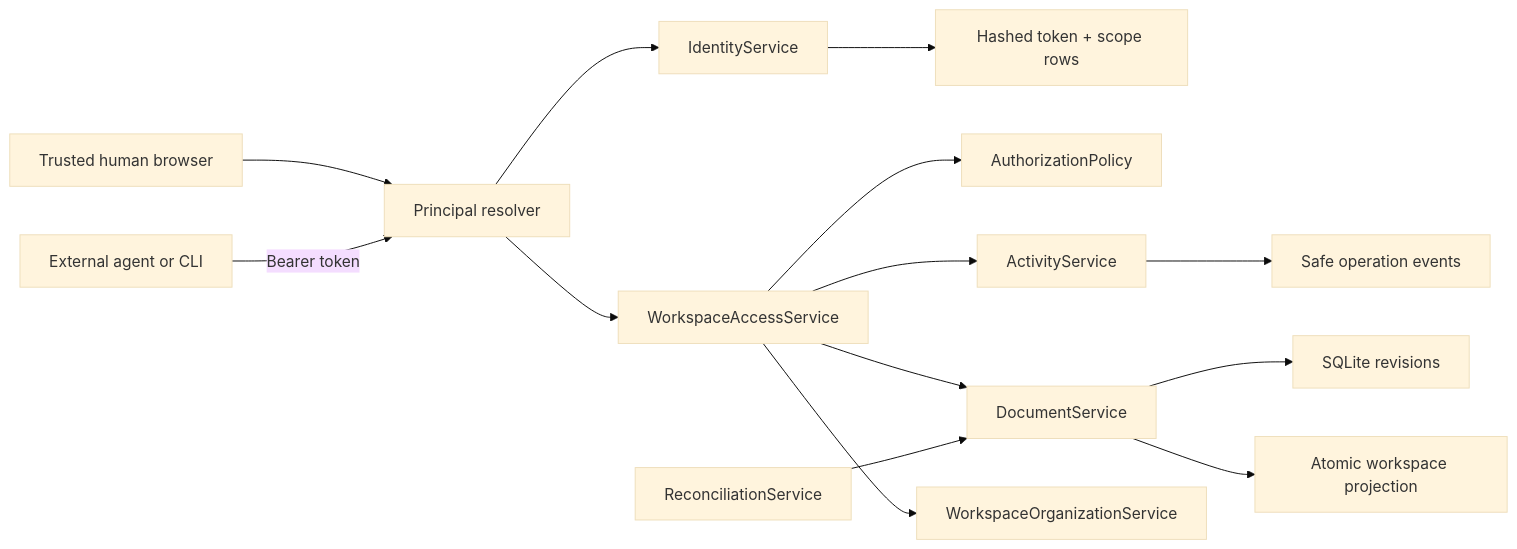
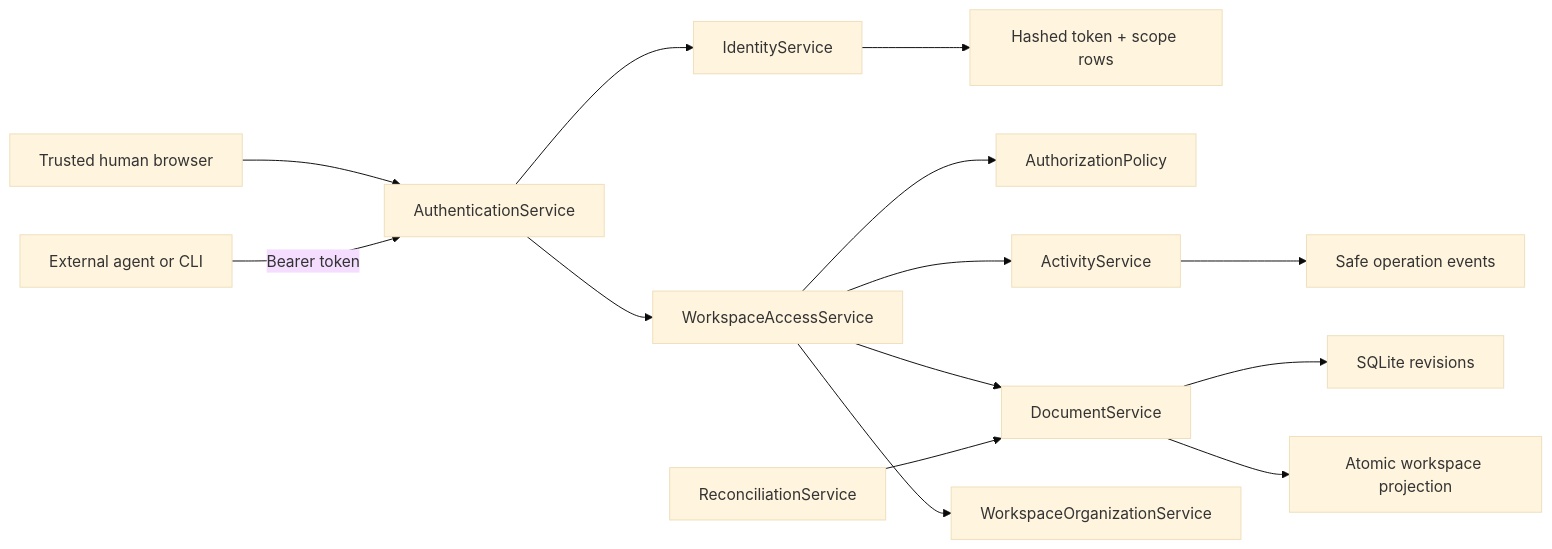
The diagram in docs/PHASE_3.md (jayshah5696/sangam), drawn with Mermaid (base theme) before and after one commit. The commit also changed other lines of this file and 17 other files, not shown here.

Commit message:
Address Phase 3 architecture review

````diff
--- a/docs/PHASE_3.md
+++ b/docs/PHASE_3.md
@@ -30,16 +30,16 @@
 ```mermaid
 flowchart LR
-    Browser["Trusted human browser"] --> Resolver["Principal resolver"]
+    Browser["Trusted human browser"] --> Resolver["AuthenticationService"]
     Agent["External agent or CLI"] -->|"Bearer token"| Resolver
     Resolver --> Identity["IdentityService"]
     Identity --> TokenStore["Hashed token + scope rows"]
     Resolver --> Access["WorkspaceAccessService"]
     Access --> Policy["AuthorizationPolicy"]
     Access --> Activity["ActivityService"]
     Access --> Documents["DocumentService"]
     Access --> Organization["WorkspaceOrganizationService"]
     Documents --> Revisions["SQLite revisions"]
     Documents --> Files["Atomic workspace projection"]
     Activity --> Events["Safe operation events"]
     Reconcile["ReconciliationService"] --> Documents
 ```
````
